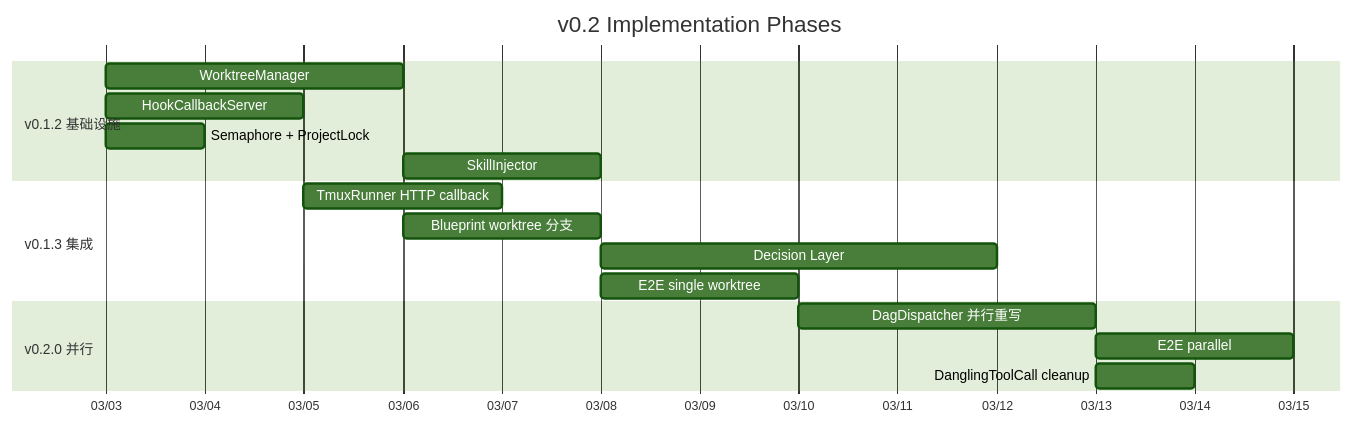
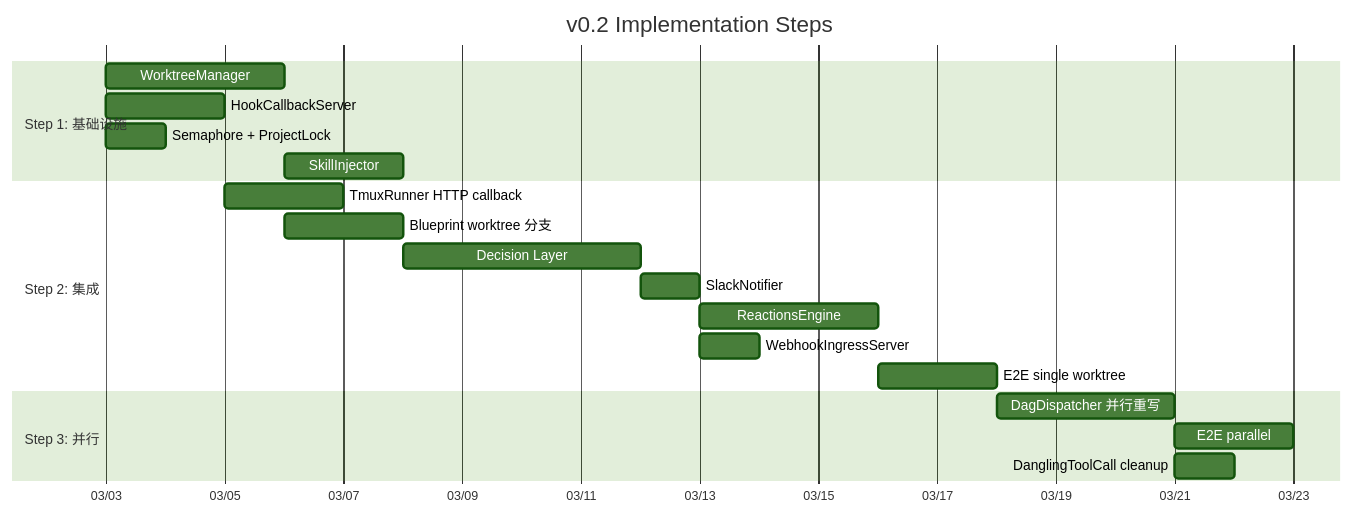
One commit to xrliAnnie/flywheel-qa-sandbox changed the fifth of 6 diagrams in doc/architecture/v0.2-architecture.md. Above: the diagram before and after it, drawn with Mermaid (forest theme). The commit also changed other lines of this file and 25 other files, not shown here.

First line of the commit message:
feat: v0.2 Step 1 — Infrastructure Components (Semaphore, ProjectLock, HookCallbackServer, WorktreeManager, SkillInjector) (#5)

````diff
--- a/doc/architecture/v0.2-architecture.md
+++ b/doc/architecture/v0.2-architecture.md
@@ -1725,23 +1773,26 @@
 ```mermaid
 gantt
-    title v0.2 Implementation Phases
+    title v0.2 Implementation Steps
     dateFormat  YYYY-MM-DD
     axisFormat  %m/%d
 
-    section v0.1.2 基础设施
+    section Step 1: 基础设施
         WorktreeManager          :w1, 2026-03-03, 3d
         HookCallbackServer       :w2, 2026-03-03, 2d
         Semaphore + ProjectLock  :w3, 2026-03-03, 1d
         SkillInjector            :w4, after w1, 2d
 
-    section v0.1.3 集成
+    section Step 2: 集成
         TmuxRunner HTTP callback :w5, after w2, 2d
         Blueprint worktree 分支  :w6, after w1, 2d
         Decision Layer           :w7, after w6, 4d
-        E2E single worktree     :w8, after w5 w6, 2d
+        SlackNotifier            :w12, after w7, 1d
+        ReactionsEngine          :w13, after w12, 3d
+        WebhookIngressServer     :w14, after w12, 1d
+        E2E single worktree     :w8, after w13 w14, 2d
 
-    section v0.2.0 并行
+    section Step 3: 并行
         DagDispatcher 并行重写   :w9, after w8 w3, 3d
         E2E parallel            :w10, after w9, 2d
         DanglingToolCall cleanup :w11, after w9, 1d
 ```
````
